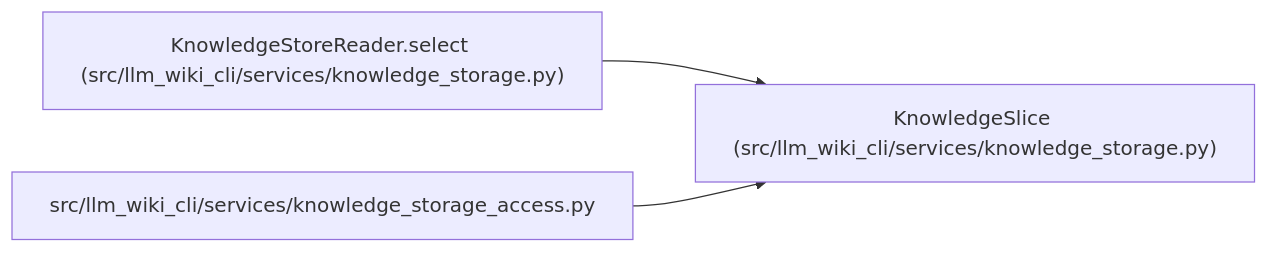
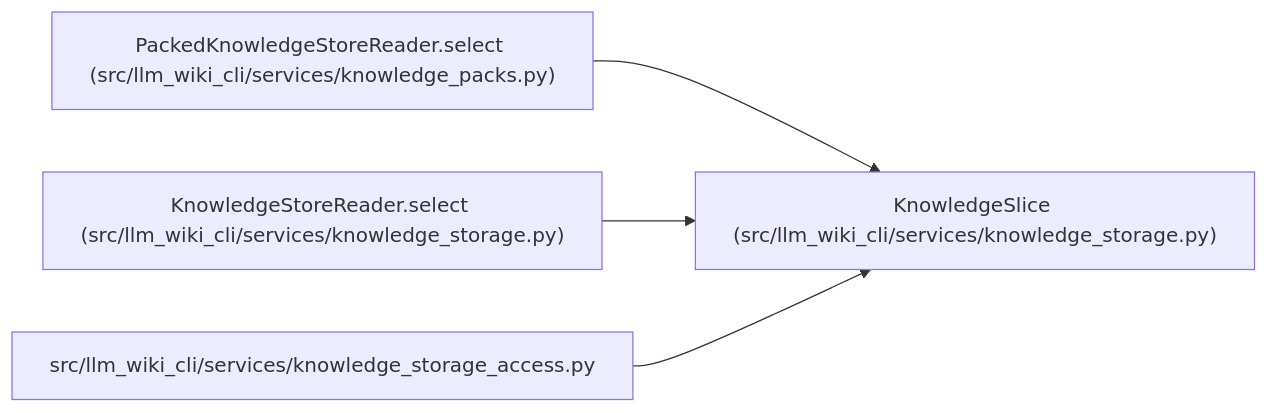
One commit to Denissvgn/python-wiki-llm changed the diagram in docs/llm_wiki/entities/KnowledgeSlice.md. Above: the diagram before and after it, drawn with Mermaid. The commit also changed other lines of this file and 6105 other files, not shown here.

Commit message:
Adopt compressed knowledge packs in the reference wiki

````diff
--- a/docs/llm_wiki/entities/KnowledgeSlice.md
+++ b/docs/llm_wiki/entities/KnowledgeSlice.md
@@ -29,11 +29,14 @@
 ```mermaid
 flowchart LR
     n0["KnowledgeSlice (src/llm_wiki_cli/services/knowledge_storage.py)"]
-    n1["KnowledgeStoreReader.select (src/llm_wiki_cli/services/knowledge_storage.py)"]
-    n2["src/llm_wiki_cli/services/knowledge_storage_access.py"]
+    n1["PackedKnowledgeStoreReader.select (src/llm_wiki_cli/services/knowledge_packs.py)"]
+    n2["KnowledgeStoreReader.select (src/llm_wiki_cli/services/knowledge_storage.py)"]
+    n3["src/llm_wiki_cli/services/knowledge_storage_access.py"]
     n1 --> n0
     n2 --> n0
+    n3 --> n0
     click n0 "../modules/knowledge_storage.md"
-    click n1 "../modules/knowledge_storage.md"
-    click n2 "../modules/knowledge_storage_access.md"
+    click n1 "../modules/knowledge_packs.md"
+    click n2 "../modules/knowledge_storage.md"
+    click n3 "../modules/knowledge_storage_access.md"
 ```
````
